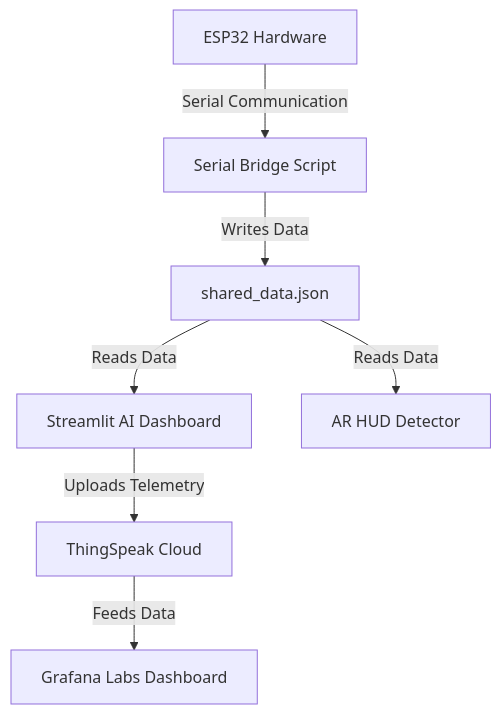
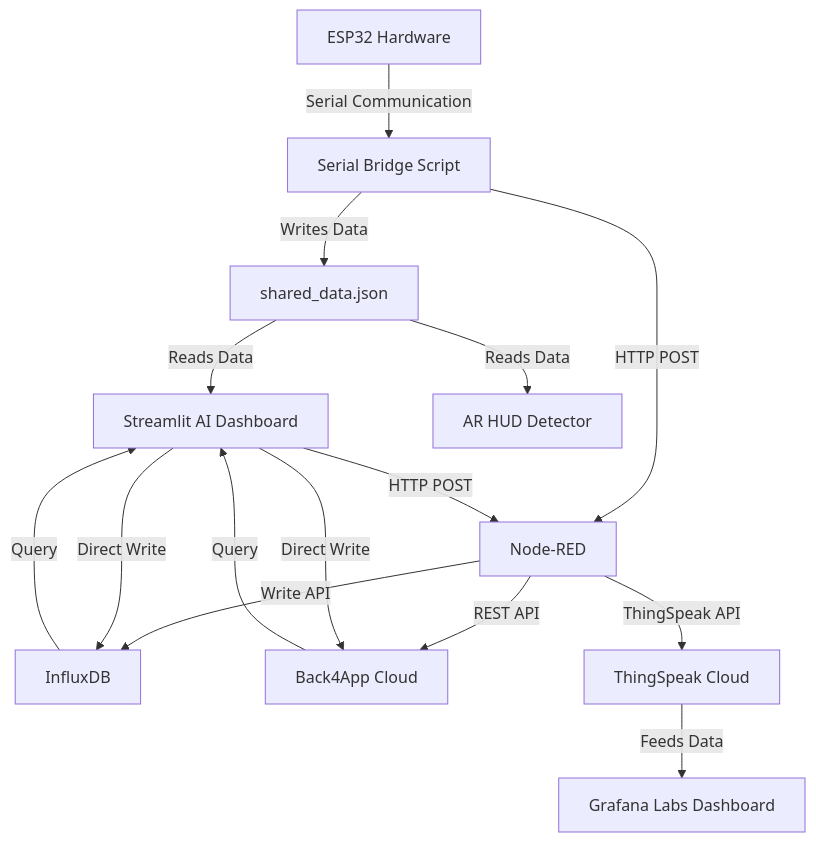
One commit to mycuriousmind/Machine-health-monitoring-system_2ndSemEL changed the diagram in PROJECT_EXPLANATION.md. Above: the diagram before and after it, drawn with Mermaid. The commit also changed other lines of this file and 16 other files, not shown here.

Commit message:
Added NodeRED, back4app, and InfluxDB to the project

````diff
--- a/PROJECT_EXPLANATION.md
+++ b/PROJECT_EXPLANATION.md
@@ -11,9 +11,17 @@
 ```mermaid
 graph TD
     A[ESP32 Hardware] -->|Serial Communication| B[Serial Bridge Script]
     B -->|Writes Data| C[shared_data.json]
-    C -->|Reads Data| D[Streamlit AI Dashboard]
-    C -->|Reads Data| E[AR HUD Detector]
-    D -->|Uploads Telemetry| F[ThingSpeak Cloud]
-    F -->|Feeds Data| G[Grafana Labs Dashboard]
+    B -->|HTTP POST| D[Node-RED]
+    C -->|Reads Data| E[Streamlit AI Dashboard]
+    C -->|Reads Data| F[AR HUD Detector]
+    E -->|HTTP POST| D
+    D -->|Write API| G[InfluxDB]
+    D -->|REST API| H[Back4App Cloud]
+    D -->|ThingSpeak API| I[ThingSpeak Cloud]
+    E -->|Direct Write| G
+    E -->|Direct Write| H
+    G -->|Query| E
+    H -->|Query| E
+    I -->|Feeds Data| J[Grafana Labs Dashboard]
 ```
````
